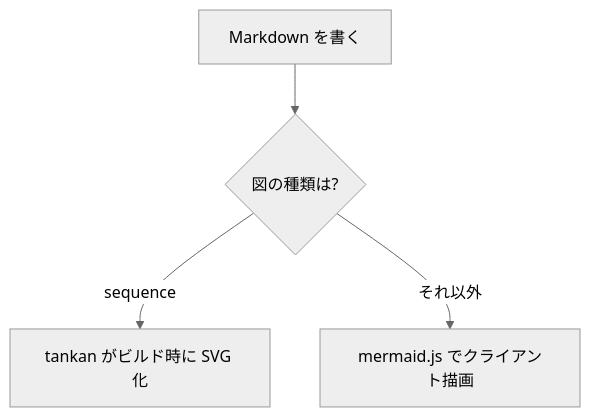
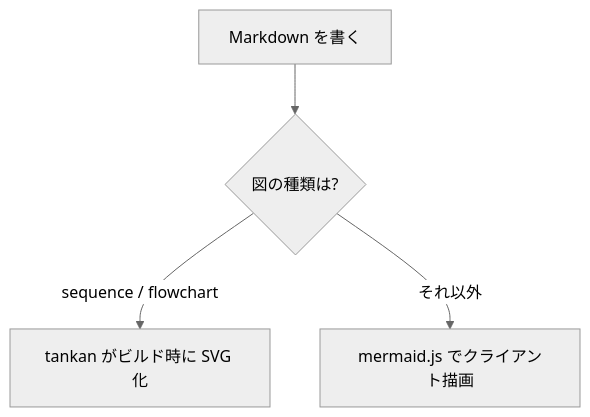
The diagram in crates/yuzu-cli/scaffold/getting-started.md (ai-implementer/yuzu), drawn with Mermaid (neutral theme) before and after one commit. The commit also changed other lines of this file and 47 other files, not shown here.

First line of the commit message:
tankan M2: flowchart（Sugiyama レイアウト）を実装

````diff
--- a/crates/yuzu-cli/scaffold/getting-started.md
+++ b/crates/yuzu-cli/scaffold/getting-started.md
@@ -72,6 +72,6 @@
 ```mermaid
 flowchart TD
     A[Markdown を書く] --> B{図の種類は?}
-    B -->|sequence| C[tankan がビルド時に SVG 化]
+    B -->|sequence / flowchart| C[tankan がビルド時に SVG 化]
     B -->|それ以外| D[mermaid.js でクライアント描画]
 ```
````
